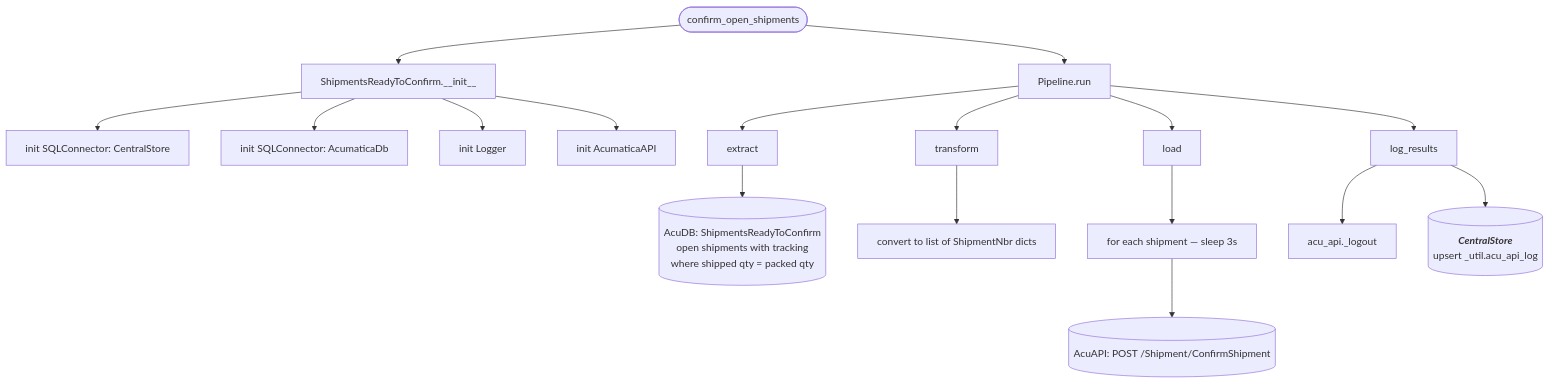
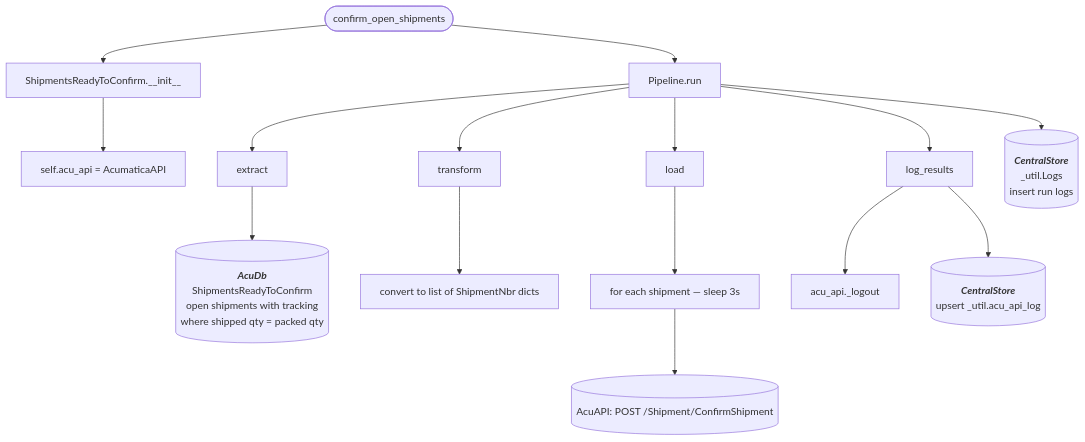
The diagram in docs/pipelines/confirm_open_shipments.md (journeyhl/integration-platform), drawn with Mermaid before and after one commit. The commit also changed 25 other files, not shown here.

````diff
--- a/docs/pipelines/confirm_open_shipments.md
+++ b/docs/pipelines/confirm_open_shipments.md
@@ -1,27 +1,32 @@
 ```mermaid
 %%{init: {"flowchart": {"wrappingWidth": 400}}}%%
 flowchart TD
     A([confirm_open_shipments]) --> B[ShipmentsReadyToConfirm.__init__]
-    B --> B1[init SQLConnector: CentralStore]
-    B --> B2[init SQLConnector: AcumaticaDb]
-    B --> B3[init Logger]
-    B --> B4[init AcumaticaAPI]
+    B --> B1[
+        self.acu_api = AcumaticaAPI
+    ]
     A --> RUN[Pipeline.run]
 
     RUN --> EX[extract]
-    EX --> D1[(AcuDB: ShipmentsReadyToConfirm<br/>open shipments with tracking<br/>where shipped qty = packed qty)]
+    EX --> D1[(
+        <b><i>AcuDb</i></b>
+        ShipmentsReadyToConfirm<br/>open shipments with tracking<br/>where shipped qty = packed qty)]
 
     RUN --> TR[transform]
     TR --> T1[convert to list of ShipmentNbr dicts]
 
     RUN --> LD[load]
     LD --> LS[for each shipment — sleep 3s]
     LS --> L1[(AcuAPI: POST /Shipment/ConfirmShipment)]
 
     RUN --> LR[log_results]
     LR --> LO[acu_api._logout]
     LR --> UPS[(
         <b><i>CentralStore</i></b>
         upsert _util.acu_api_log
     )]
+    RUN --> LOGS[(
+        <b><i>CentralStore</i></b>
+        _util.Logs<br/>insert run logs
+    )]
 ```
````
